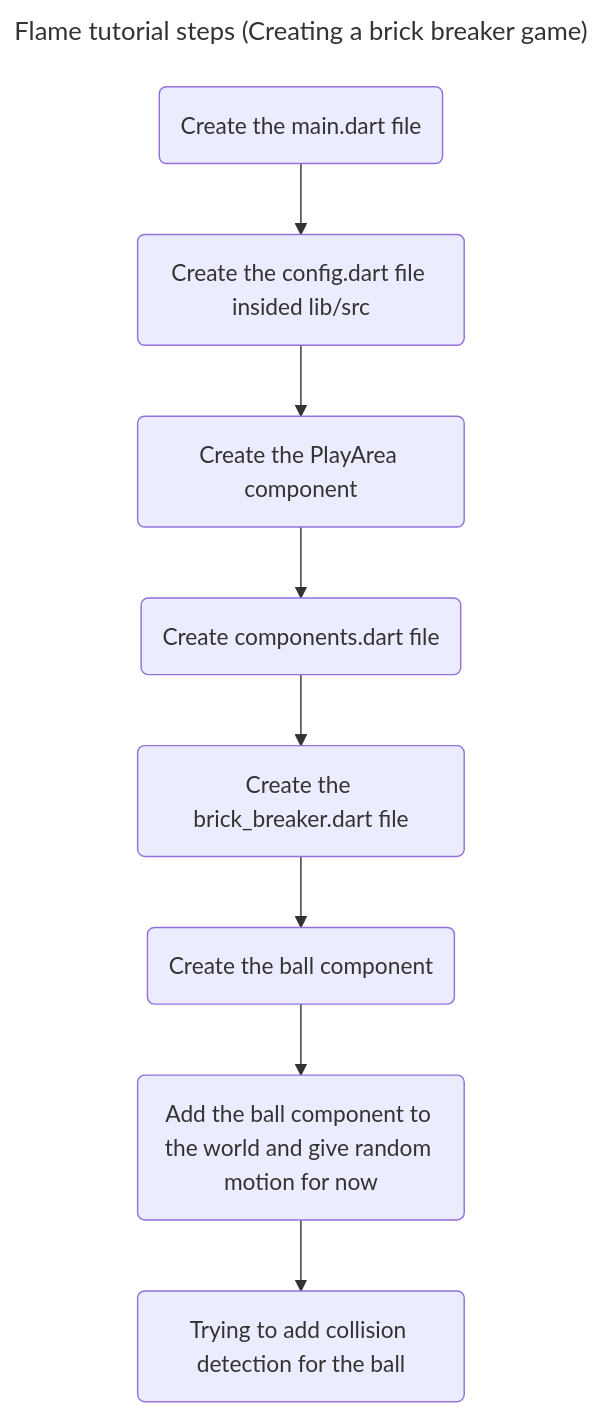
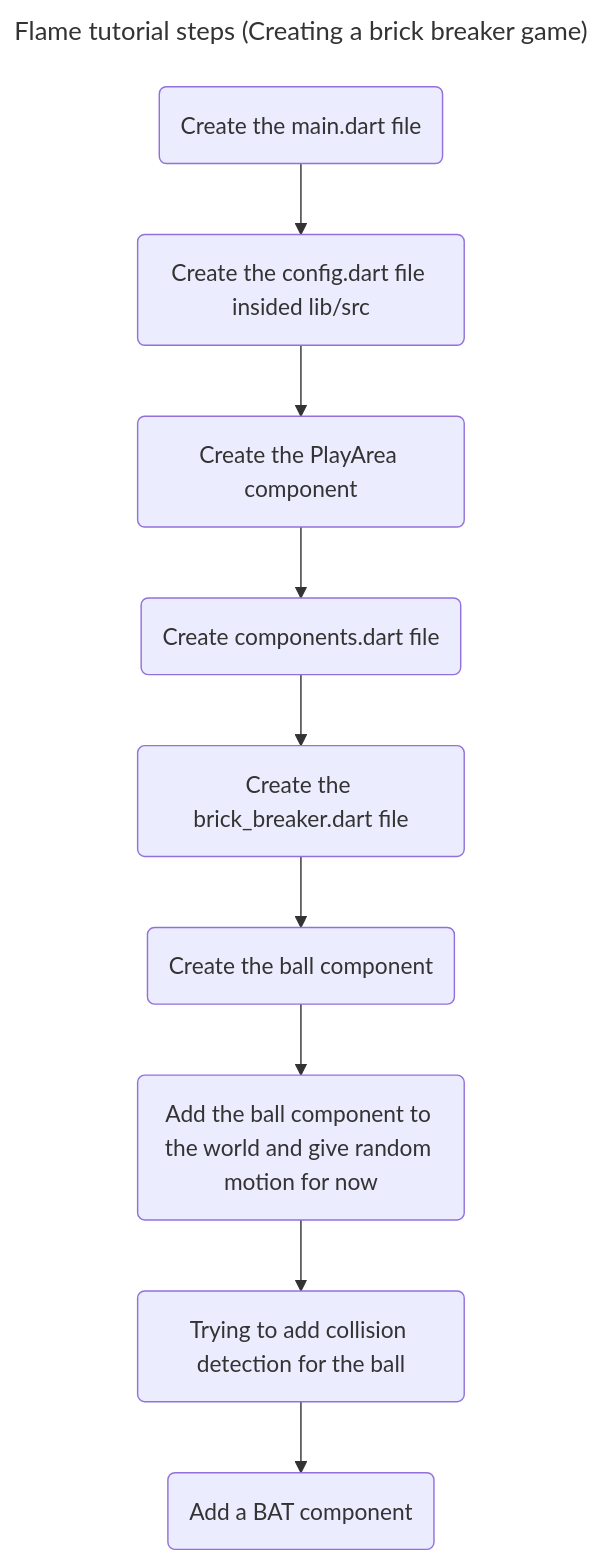
One commit to jydv402/brick_breaker_flame changed the diagram in steps.md. Above: the diagram before and after it, drawn with Mermaid. The commit also changed 1 other file, not shown here.

Commit message:
Adding a bat

````diff
--- a/steps.md
+++ b/steps.md
@@ -1,24 +1,25 @@
 ```mermaid
 ---
 title: Flame tutorial steps (Creating a brick breaker game)
 ---
 flowchart TD
     id1(Create the main.dart file)
     id2(Create the config.dart file insided lib/src)
     id3(Create the PlayArea component)
     id4(Create components.dart file)
     id5(Create the brick_breaker.dart file)
     id6(Create the ball component)
     id7(Add the ball component to the world and give random motion for now)
     id8(Trying to add collision detection for the ball)
+    id9(Add a BAT component)
 
 
     id1 --> id2
     id2 --> id3
     id3 --> id4
     id4 --> id5
     id5 --> id6
     id6 --> id7
-    id7 --> id8
+    id7 --> id8 --> id9
 
 ```
````
